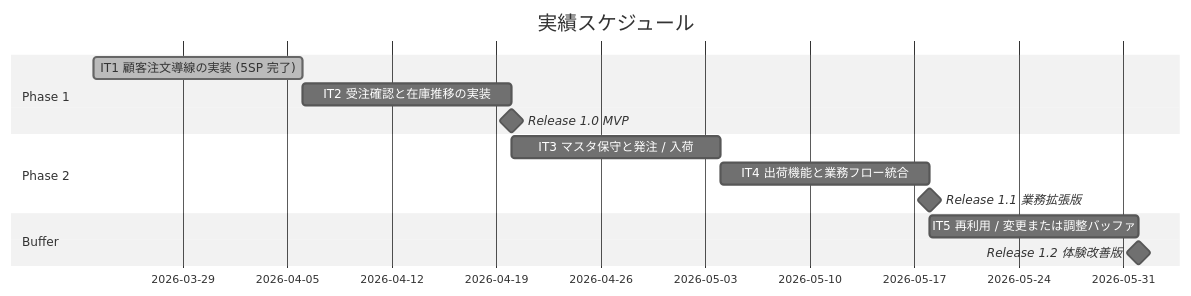
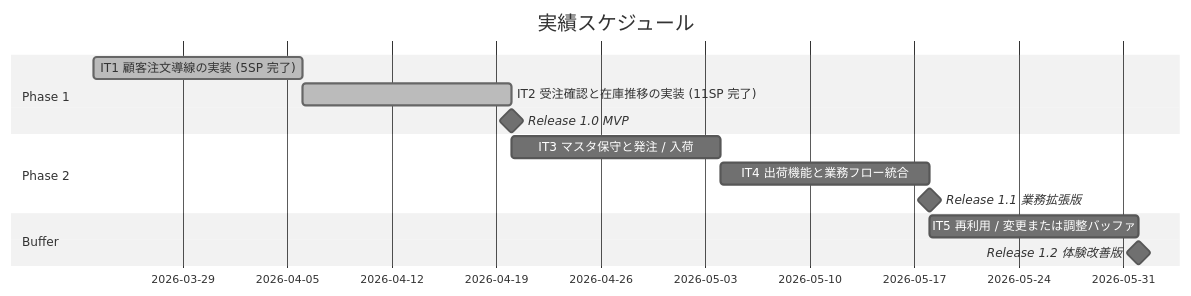
Before and after one commit to k2works/case-study-sdd-development: the second of 3 diagrams in docs/development/release_plan.md, drawn with Mermaid (neutral theme). The commit also changed other lines of this file and 6 other files, not shown here.

````diff
--- a/docs/development/release_plan.md
+++ b/docs/development/release_plan.md
@@ -146,16 +146,16 @@
 ```mermaid
 gantt
     title 実績スケジュール
     dateFormat  YYYY-MM-DD
     section Phase 1
     IT1 顧客注文導線の実装 (5SP 完了)    :done, a1, 2026-03-23, 14d
-    IT2 受注確認と在庫推移の実装        :a2, after a1, 14d
+    IT2 受注確認と在庫推移の実装 (11SP 完了) :done, a2, after a1, 14d
     Release 1.0 MVP                    :milestone, m1, after a2, 0d
     section Phase 2
     IT3 マスタ保守と発注 / 入荷         :a3, after a2, 14d
     IT4 出荷機能と業務フロー統合        :a4, after a3, 14d
     Release 1.1 業務拡張版              :milestone, m2, after a4, 0d
     section Buffer
     IT5 再利用 / 変更または調整バッファ :a5, after a4, 14d
     Release 1.2 体験改善版              :milestone, m3, after a5, 0d
 ```
````
